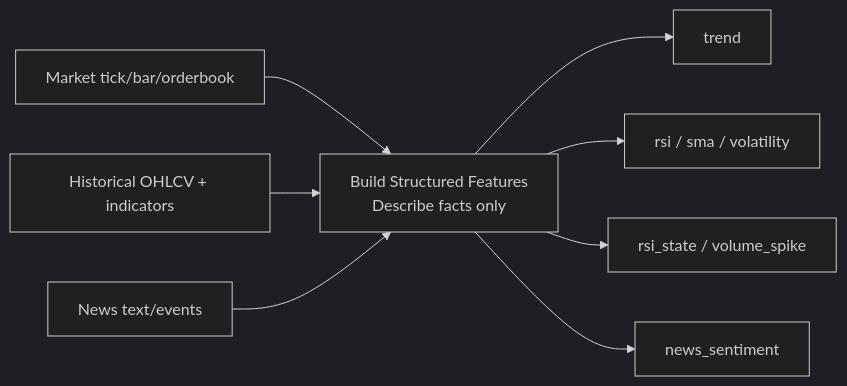
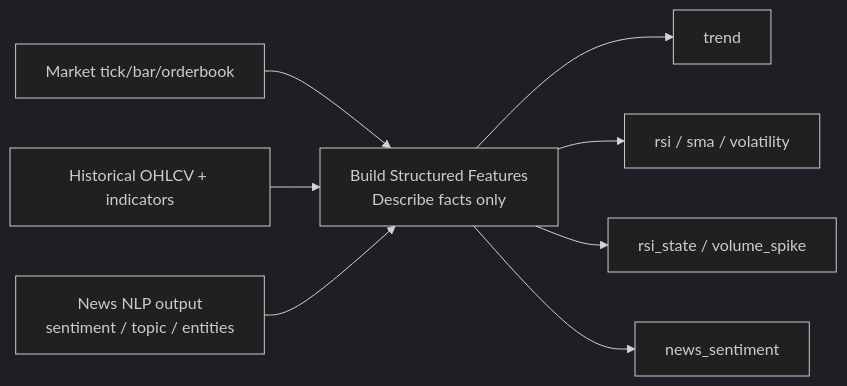
The second of 8 diagrams in README.md (Yuqian-He/agentic-trading-workflow), drawn with Mermaid (dark theme) before and after one commit. The commit also changed other lines of this file, not shown here.

````diff
--- a/README.md
+++ b/README.md
@@ -48,11 +50,11 @@
 ```mermaid
 graph LR
     A[Market tick/bar/orderbook] --> G1
     D[Historical OHLCV + indicators] --> G1
-    E[News text/events] --> G1
+    N1[News NLP output<br/>sentiment / topic / entities] --> G1
 
     G1[Build Structured Features<br/>Describe facts only] --> O1["trend"]
     G1 --> O2["rsi / sma / volatility"]
     G1 --> O3["rsi_state / volume_spike"]
     G1 --> O4["news_sentiment"]
 ```
````
